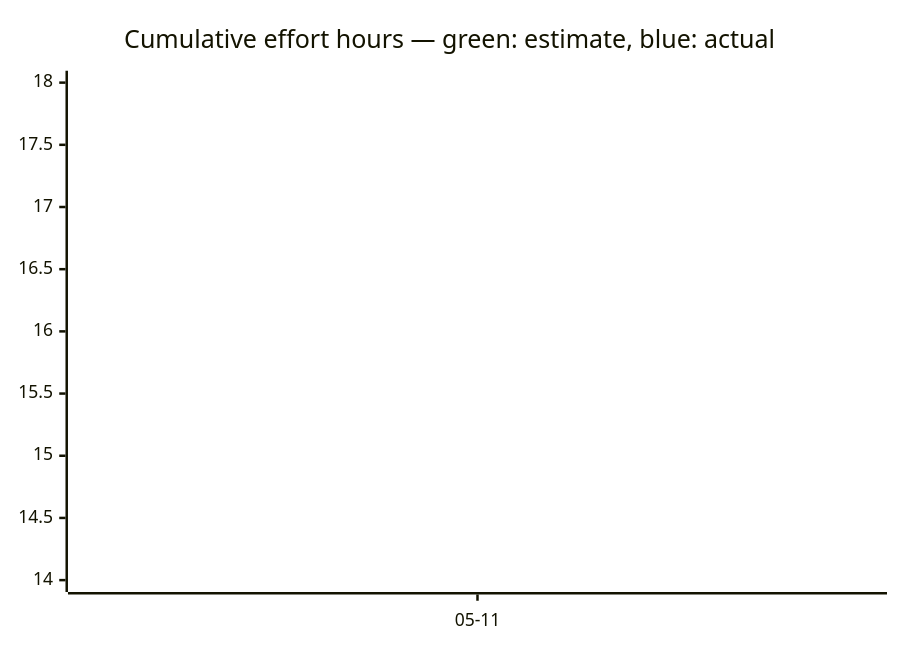
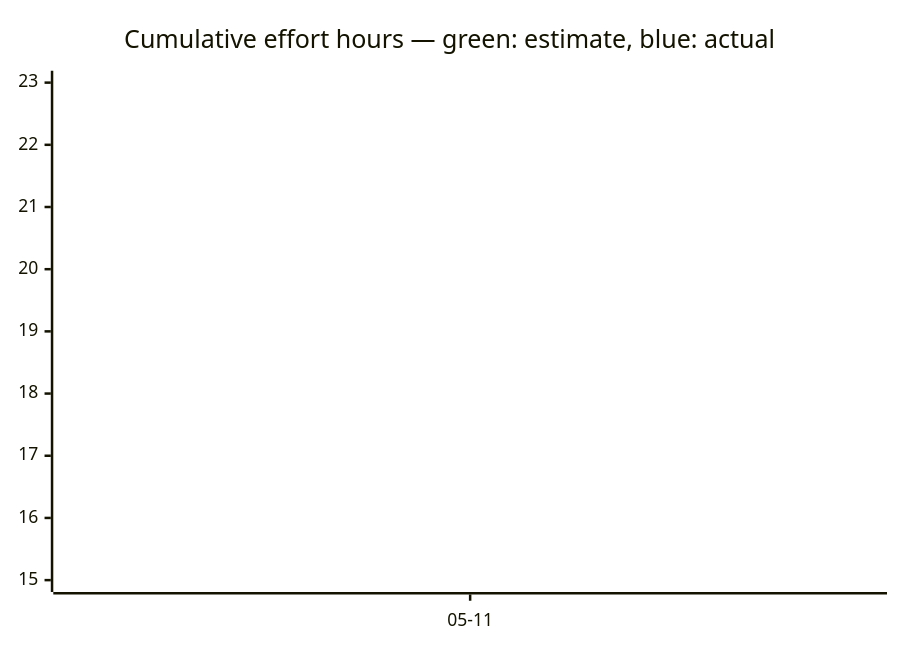
Before and after one commit to tgd1975/AwesomeGuitarPedal: the third of 3 diagrams in docs/developers/tasks/OVERVIEW.md, drawn with Mermaid. The commit also changed other lines of this file and 5 other files, not shown here.

First line of the commit message:
close TASK-377: define v1 standard pin-name set in data/pin-names.schema.json (EPIC-029)

````diff
--- a/docs/developers/tasks/OVERVIEW.md
+++ b/docs/developers/tasks/OVERVIEW.md
@@ -40,7 +40,7 @@
 ```mermaid
 xychart-beta
     title "Cumulative effort hours — green: estimate, blue: actual"
     x-axis ["05-11"]
-    line [14]
-    line [18]
+    line [15]
+    line [23]
 ```
````
